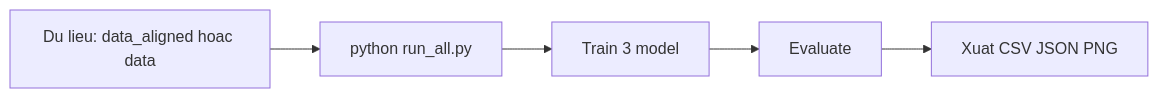
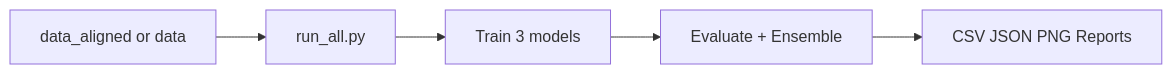
The diagram in README.md (Khoidep-zai/BigData_Vaipe), drawn with Mermaid before and after one commit. The commit also changed other lines of this file, not shown here.

````diff
--- a/README.md
+++ b/README.md
@@ -758,7 +33,7 @@
 ```mermaid
 flowchart LR
-  A[Du lieu: data_aligned hoac data] --> B[python run_all.py]
-  B --> C[Train 3 model]
-  C --> D[Evaluate]
-  D --> E[Xuat CSV JSON PNG]
+  A[data_aligned or data] --> B[run_all.py]
+  B --> C[Train 3 models]
+  C --> D[Evaluate + Ensemble]
+  D --> E[CSV JSON PNG Reports]
 ```
````
